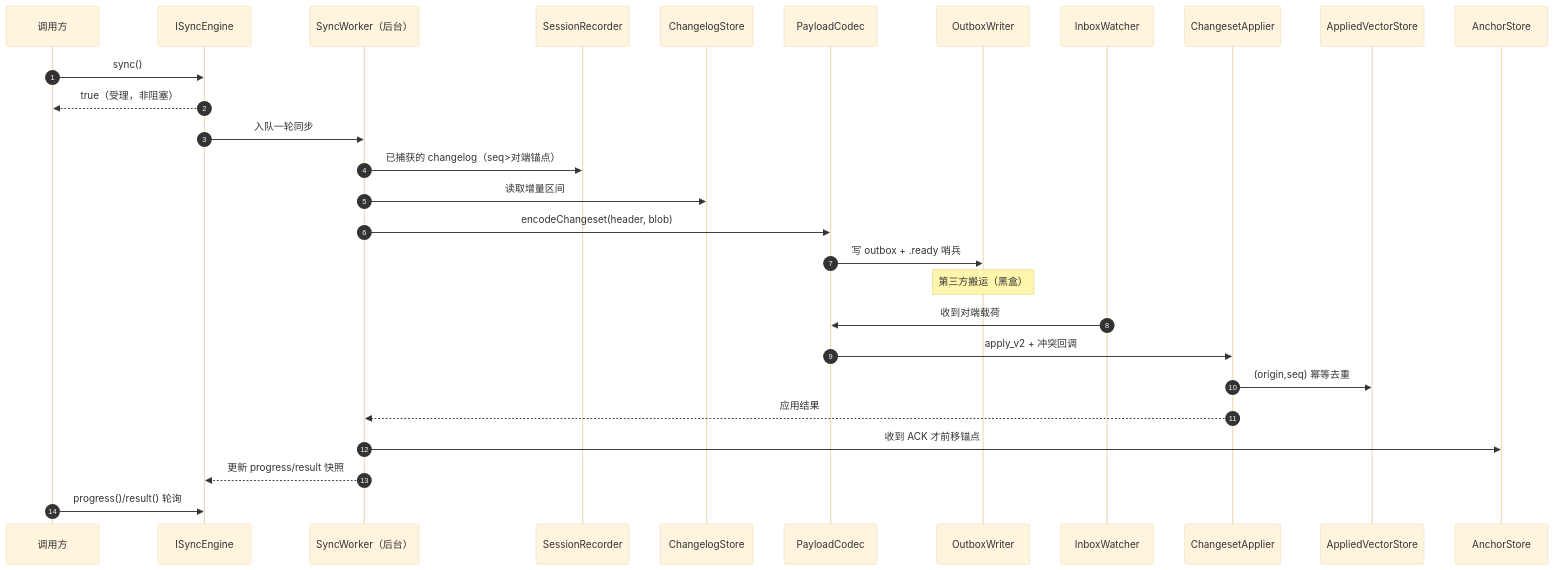
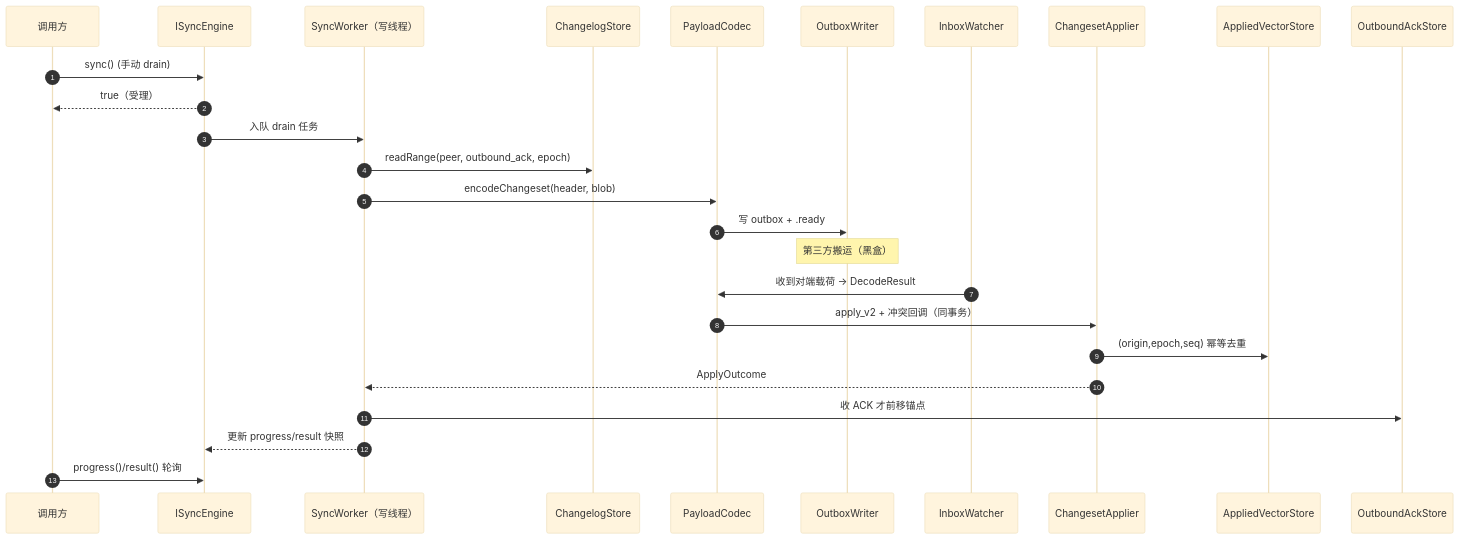
One commit to 055liufl/excelproject changed the sixth of 12 diagrams in specs/SQLite-同步工具-设计文档.md. Above: the diagram before and after it, drawn with Mermaid (base theme). The commit also changed other lines of this file, not shown here.

````diff
--- a/specs/SQLite-同步工具-设计文档.md
+++ b/specs/SQLite-同步工具-设计文档.md
@@ -667,31 +685,29 @@
 ```mermaid
 sequenceDiagram
     autonumber
     participant App as 调用方
     participant SE as ISyncEngine
-    participant WK as SyncWorker（后台）
-    participant REC as SessionRecorder
+    participant WK as SyncWorker（写线程）
     participant CLOG as ChangelogStore
     participant PC as PayloadCodec
     participant OUT as OutboxWriter
     participant IN as InboxWatcher
-    participant AP as ChangesetApplier
+    participant A1 as ChangesetApplier
     participant AV as AppliedVectorStore
-    participant AN as AnchorStore
+    participant OA as OutboundAckStore
 
-    App->>SE: sync()
-    SE-->>App: true（受理，非阻塞）
-    SE->>WK: 入队一轮同步
-    WK->>REC: 已捕获的 changelog（seq>对端锚点）
-    WK->>CLOG: 读取增量区间
+    App->>SE: sync()  (手动 drain)
+    SE-->>App: true（受理）
+    SE->>WK: 入队 drain 任务
+    WK->>CLOG: readRange(peer, outbound_ack, epoch)
     WK->>PC: encodeChangeset(header, blob)
-    PC->>OUT: 写 outbox + .ready 哨兵
+    PC->>OUT: 写 outbox + .ready
     Note over OUT: 第三方搬运（黑盒）
-    IN->>PC: 收到对端载荷
-    PC->>AP: apply_v2 + 冲突回调
-    AP->>AV: (origin,seq) 幂等去重
-    AP-->>WK: 应用结果
-    WK->>AN: 收到 ACK 才前移锚点
+    IN->>PC: 收到对端载荷 → DecodeResult
+    PC->>A1: apply_v2 + 冲突回调（同事务）
+    A1->>AV: (origin,epoch,seq) 幂等去重
+    A1-->>WK: ApplyOutcome
+    WK->>OA: 收 ACK 才前移锚点
     WK-->>SE: 更新 progress/result 快照
     App->>SE: progress()/result() 轮询
 ```
````
